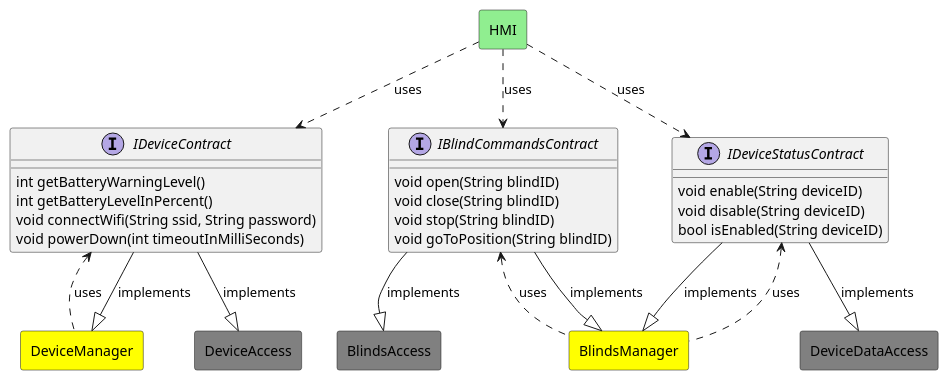
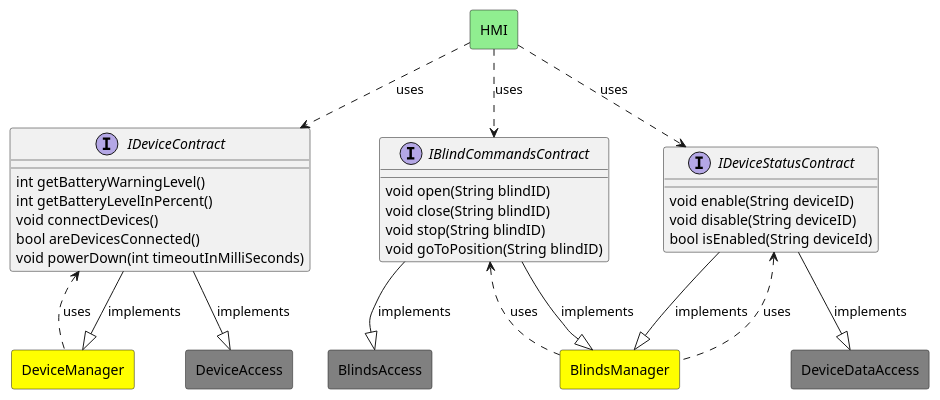
The diagram in documentation/diagrams/contracts-to-component-mapping.puml (k-phi/M5Core2BlindsController), drawn with PlantUML before and after one commit. The commit also changed 5 other files, not shown here.

Commit message:
Update architecture according to latest insights

```diff
--- a/documentation/diagrams/contracts-to-component-mapping.puml
+++ b/documentation/diagrams/contracts-to-component-mapping.puml
@@ -1,46 +1,47 @@
 @startuml Contracts to Component Mapping
 
 skinparam ComponentStyle rectangle
 allow_mixing
 
 interface IDeviceStatusContract {
     void enable(String deviceID)
     void disable(String deviceID)
-    bool isEnabled(String deviceID)
+    bool isEnabled(String deviceId)
 }
 
 interface IBlindCommandsContract {
     void open(String blindID)
     void close(String blindID)
     void stop(String blindID)
     void goToPosition(String blindID)
 }
 
 interface IDeviceContract {
     int getBatteryWarningLevel()
     int getBatteryLevelInPercent()
-    void connectWifi(String ssid, String password)
+    void connectDevices()
+    bool areDevicesConnected()
     void powerDown(int timeoutInMilliSeconds)
 }
 
 component HMI #LightGreen
 component BlindsManager #Yellow
 component DeviceManager #Yellow
 component DeviceDataAccess #Grey
 component DeviceAccess #Grey
 component BlindsAccess #Grey
 
 HMI ..> IDeviceStatusContract: uses
 HMI ..> IBlindCommandsContract: uses
 HMI ..> IDeviceContract: uses
 BlindsManager <|-u- IDeviceStatusContract: implements
 BlindsManager .u.> IDeviceStatusContract: uses
 BlindsManager <|-u- IBlindCommandsContract: implements
 BlindsManager .u.> IBlindCommandsContract: uses
 DeviceManager <|-u- IDeviceContract: implements
 DeviceManager .u.> IDeviceContract: uses
 DeviceDataAccess <|-u- IDeviceStatusContract: implements
 DeviceAccess <|-u- IDeviceContract: implements
 BlindsAccess <|-u- IBlindCommandsContract: implements
 
 @enduml
```
